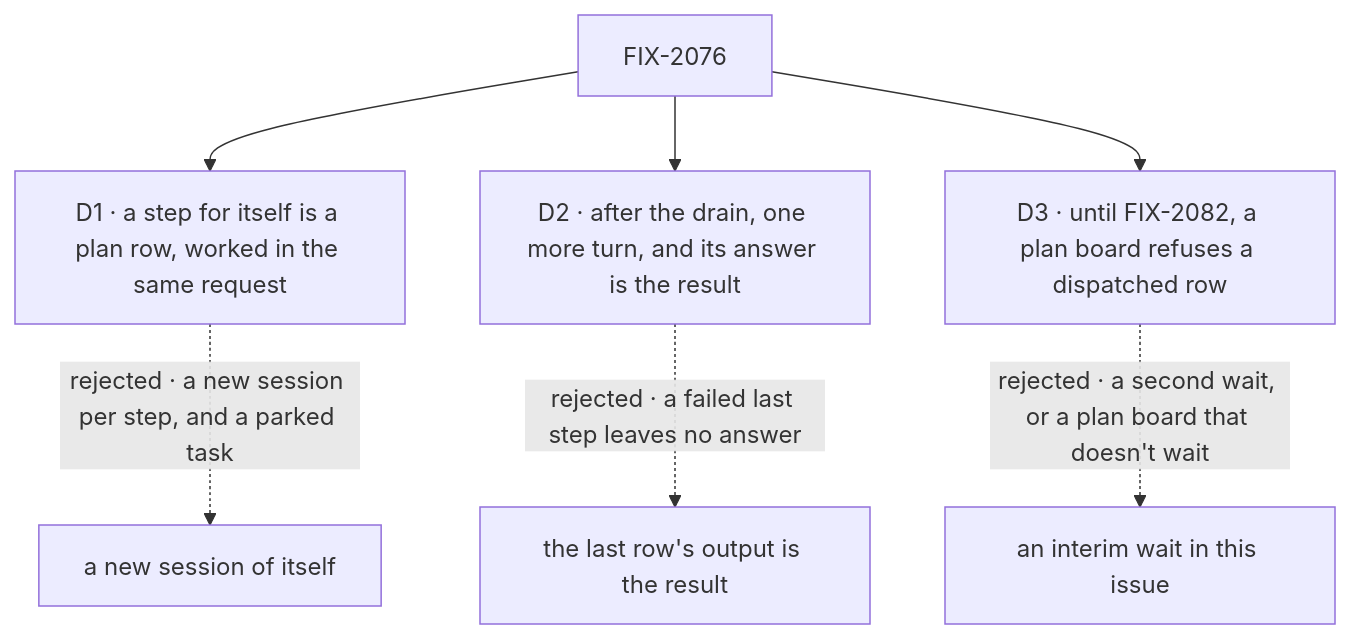
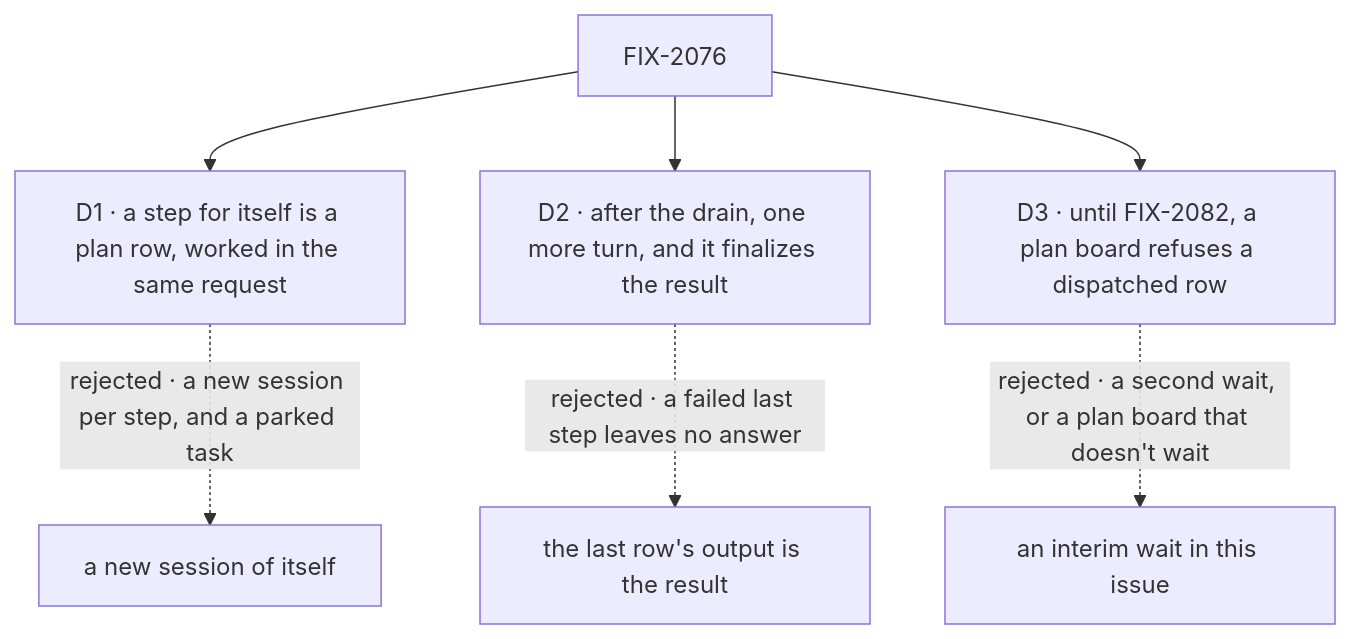
The diagram in specs/issues/FIX-2076/DECISIONS.md (fixpoint-labs/flow-state-dev), drawn with Mermaid before and after one commit. The commit also changed other lines of this file and 2 other files, not shown here.

First line of the commit message:
spec(FIX-2076): D2's answering turn finalizes; an empty answer leaves the checkpoint

````diff
--- a/specs/issues/FIX-2076/DECISIONS.md
+++ b/specs/issues/FIX-2076/DECISIONS.md
@@ -11,9 +11,9 @@
 ```mermaid
 flowchart TD
   I["FIX-2076"] --> D1["D1 · a step for itself is a plan row, worked in the same request"]
   D1 -.->|"rejected · a new session per step, and a parked task"| X1["a new session of itself"]
-  I --> D2["D2 · after the drain, one more turn, and its answer is the result"]
+  I --> D2["D2 · after the drain, one more turn, and it finalizes the result"]
   D2 -.->|"rejected · a failed last step leaves no answer"| X2["the last row's output is the result"]
   I --> D3["D3 · until FIX-2082, a plan board refuses a dispatched row"]
   D3 -.->|"rejected · a second wait, or a plan board that doesn't wait"| X3["an interim wait in this issue"]
 ```
````
